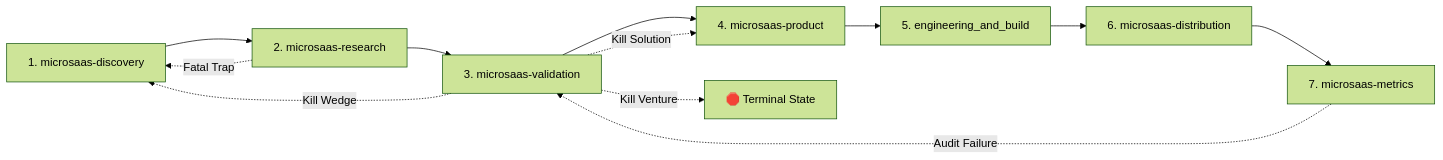
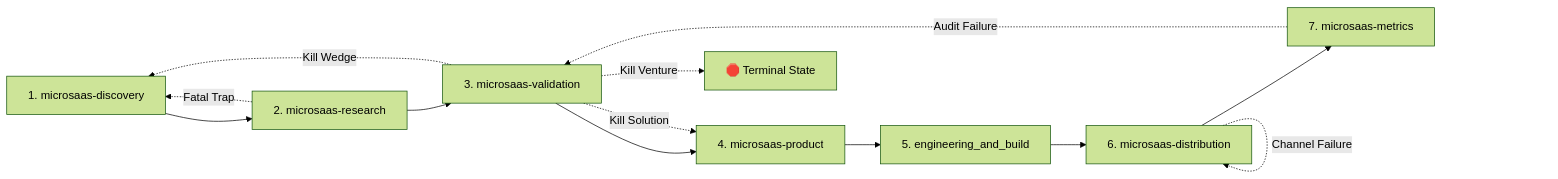
The diagram in templates/capability_contracts.md (aroucadi/microsaas-os), drawn with Mermaid (forest theme) before and after one commit. The commit also changed other lines of this file and 9 other files, not shown here.

````diff
--- a/templates/capability_contracts.md
+++ b/templates/capability_contracts.md
@@ -10,16 +10,17 @@
 ```mermaid
 flowchart LR
     DISC[1. microsaas-discovery] --> RES[2. microsaas-research]
     RES --> VAL[3. microsaas-validation]
     VAL --> PROD[4. microsaas-product]
     PROD --> BUILD[5. engineering_and_build]
     BUILD --> DIST[6. microsaas-distribution]
     DIST --> METR[7. microsaas-metrics]
 
     %% Failure / Pivot Fallbacks
     RES -.->|"Fatal Trap"| DISC
     VAL -.->|"Kill Solution"| PROD
     VAL -.->|"Kill Wedge"| DISC
     VAL -.->|"Kill Venture"| DEAD[🛑 Terminal State]
+    DIST -.->|"Channel Failure"| DIST
     METR -.->|"Audit Failure"| VAL
 ```
````
